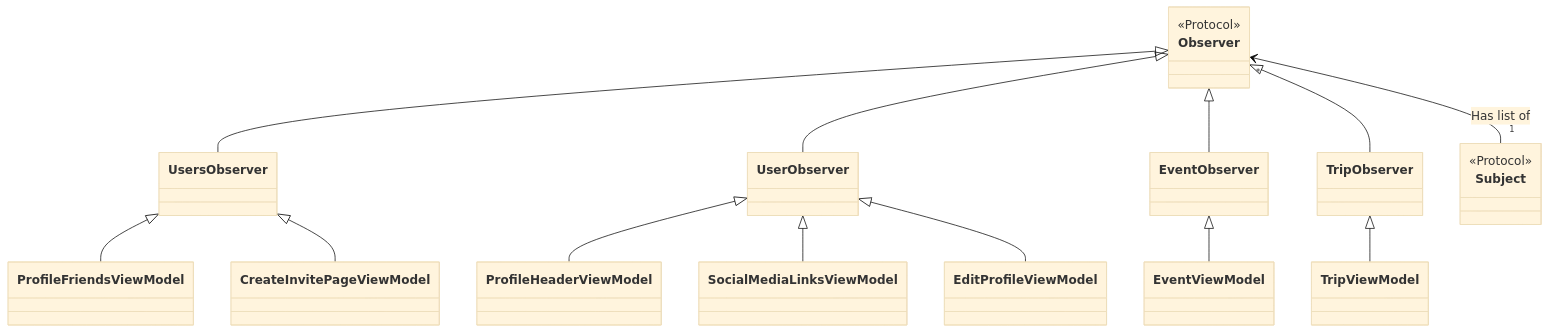
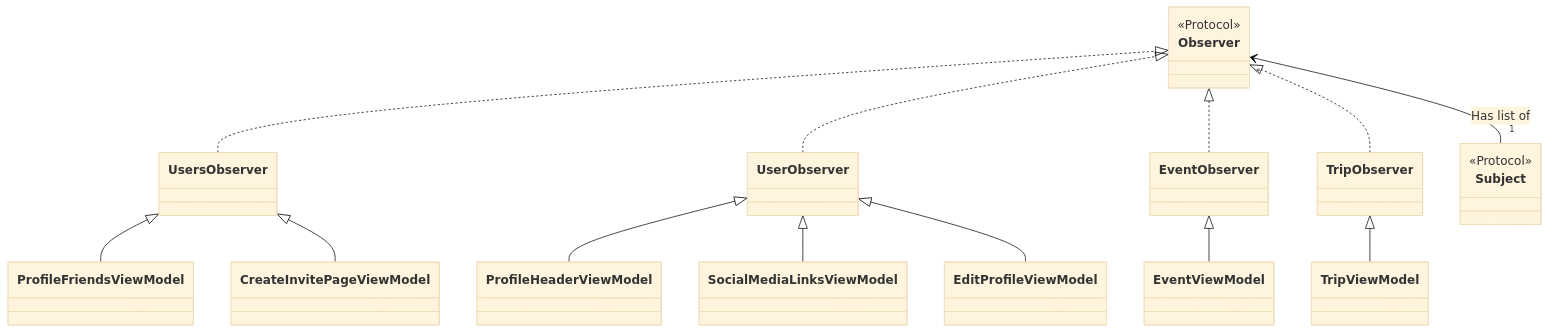
One commit to cs3217-2223/group-project-sotravel changed the diagram in Sotravel/docs/diagrams/final-report/observer-vm-side.mmd. Above: the diagram before and after it, drawn with Mermaid (base theme). The commit also changed 12 other files, not shown here.

Commit message:
Add more information on observer/caching, add sample interactions, fix incorrect diagrams

```diff
--- a/Sotravel/docs/diagrams/final-report/observer-vm-side.mmd
+++ b/Sotravel/docs/diagrams/final-report/observer-vm-side.mmd
@@ -1,39 +1,39 @@
 classDiagram
     direction BT
     
-    UsersObserver --|> Observer
-    UserObserver --|> Observer
-    EventObserver --|> Observer
-    TripObserver --|> Observer
+    UsersObserver ..|> Observer
+    UserObserver ..|> Observer
+    EventObserver ..|> Observer
+    TripObserver ..|> Observer
 
 
     ProfileHeaderViewModel --|> UserObserver
     SocialMediaLinksViewModel --|> UserObserver
     EditProfileViewModel --|> UserObserver
     ProfileFriendsViewModel --|> UsersObserver
     CreateInvitePageViewModel --|> UsersObserver
     EventViewModel --|> EventObserver
     TripViewModel --|> TripObserver
 
     Subject "1" --> "* "Observer: Has list of
     
    class Subject {
         <<Protocol>>
     }
 
     class Observer {
         <<Protocol>>
     }
     
     class UsersObserver{ }
     class UserObserver{ }
     class EventObserver{ }
     class TripObserver{ }
 
     class CreateInvitePageViewModel { }
     class EditProfileViewModel { }
     class EventViewModel { }
     class ProfileFriendsViewModel { }
     class ProfileHeaderViewModel { }
     class SocialMediaLinksViewModel { }
     class TripViewModel { }
```
